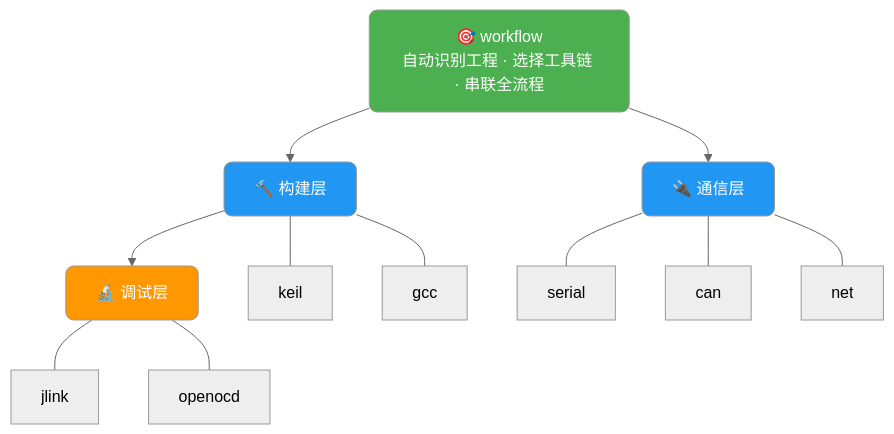
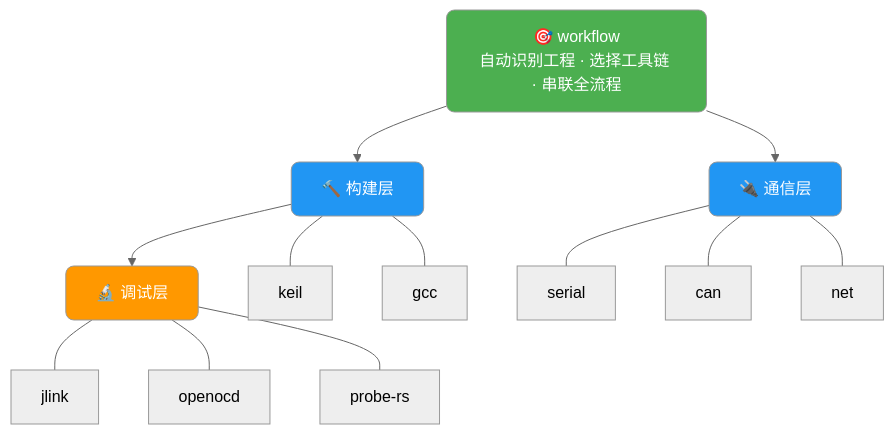
The second of 2 diagrams in README.md (zhinkgit/embeddedskills), drawn with Mermaid (neutral theme) before and after one commit. The commit also changed other lines of this file and 13 other files, not shown here.

````diff
--- a/README.md
+++ b/README.md
@@ -79,23 +79,24 @@
 ```mermaid
 flowchart TD
     W["🎯 workflow\n自动识别工程 · 选择工具链 · 串联全流程"]
 
     W --> B["🔨 构建层"]
     W --> C["🔌 通信层"]
     B --> D["🔬 调试层"]
 
     B --- keil["keil"]
     B --- gcc["gcc"]
 
     C --- serial["serial"]
     C --- can["can"]
     C --- net["net"]
 
     D --- jlink["jlink"]
     D --- openocd["openocd"]
+    D --- probe_rs["probe-rs"]
 
     style W fill:#4CAF50,color:#fff,rx:8
     style B fill:#2196F3,color:#fff,rx:8
     style C fill:#2196F3,color:#fff,rx:8
     style D fill:#FF9800,color:#fff,rx:8
 ```
````
